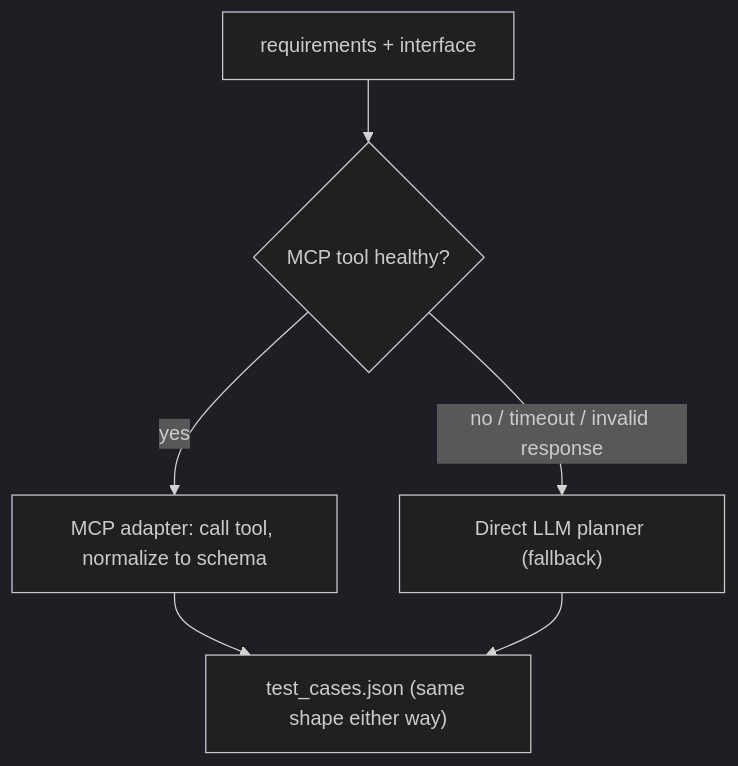
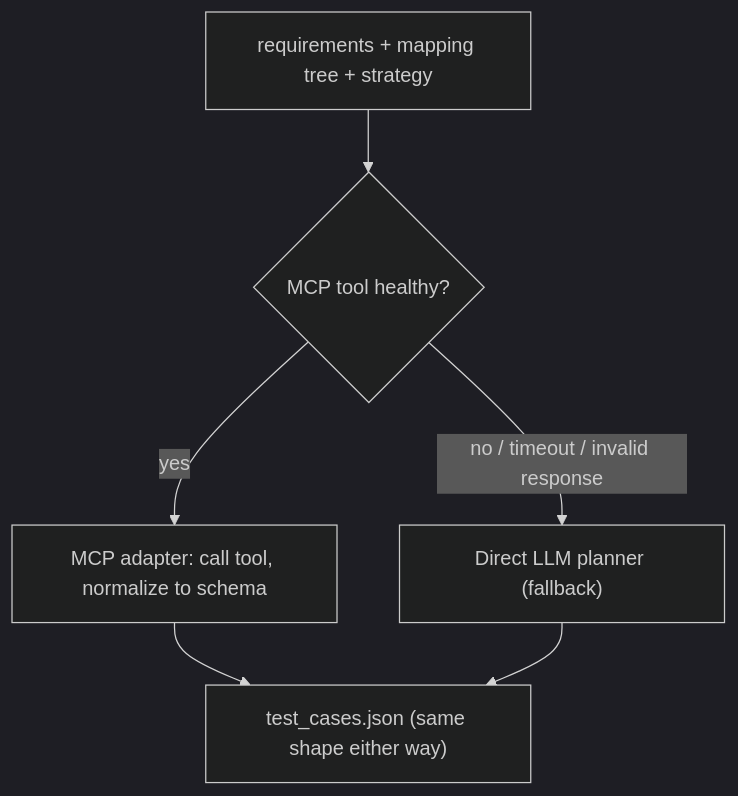
Before and after one commit to nishantk1710/SDLC_Agentic_AI: the second of 4 diagrams in testing-agent-implementation-reference.md, drawn with Mermaid (dark theme). The commit also changed other lines of this file, not shown here.

````diff
--- a/testing-agent-implementation-reference.md
+++ b/testing-agent-implementation-reference.md
@@ -133,8 +168,8 @@
 ```mermaid
 flowchart TB
-    REQ["requirements + interface"] --> R{"MCP tool healthy?"}
+    REQ["requirements + mapping tree + strategy"] --> R{"MCP tool healthy?"}
     R -->|yes| M["MCP adapter: call tool, normalize to schema"]
     R -->|"no / timeout / invalid response"| L["Direct LLM planner (fallback)"]
     M --> TC["test_cases.json (same shape either way)"]
     L --> TC
 ```
````
